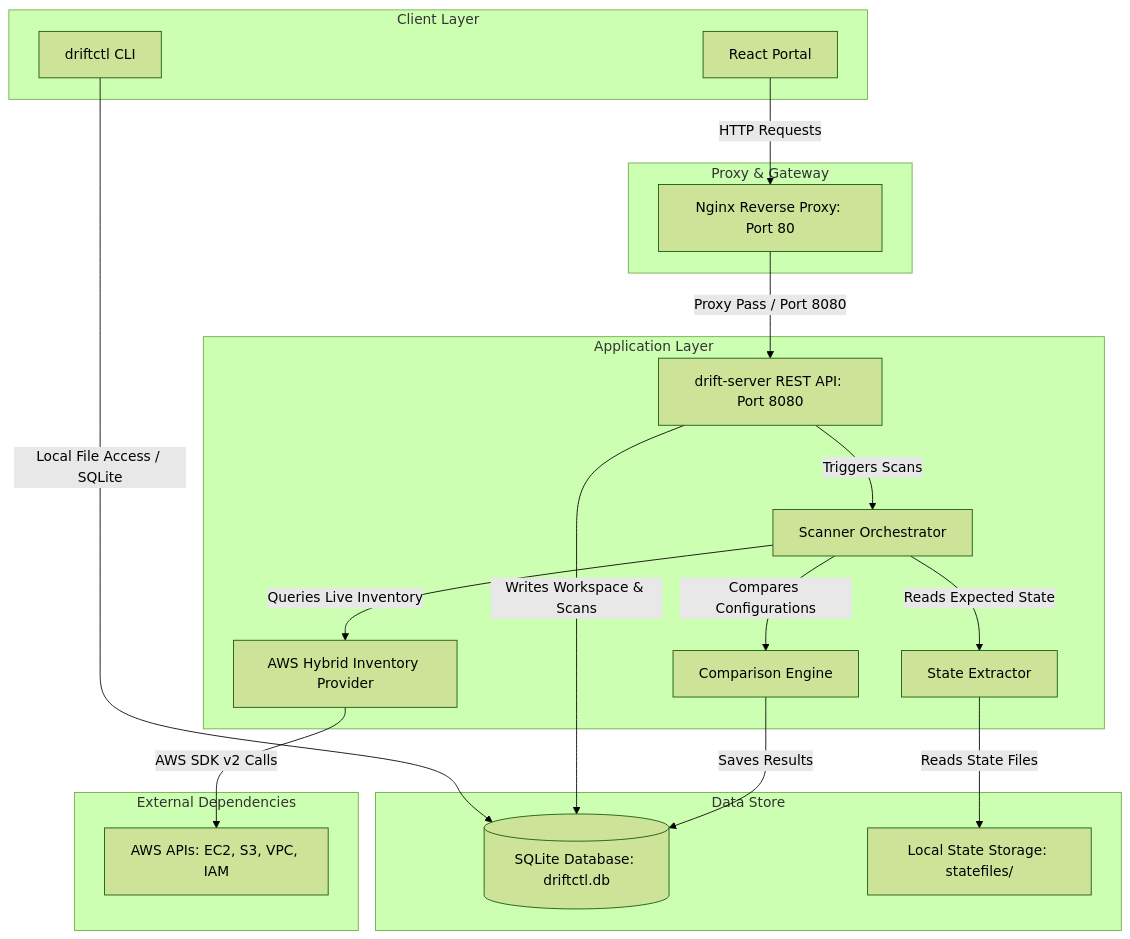
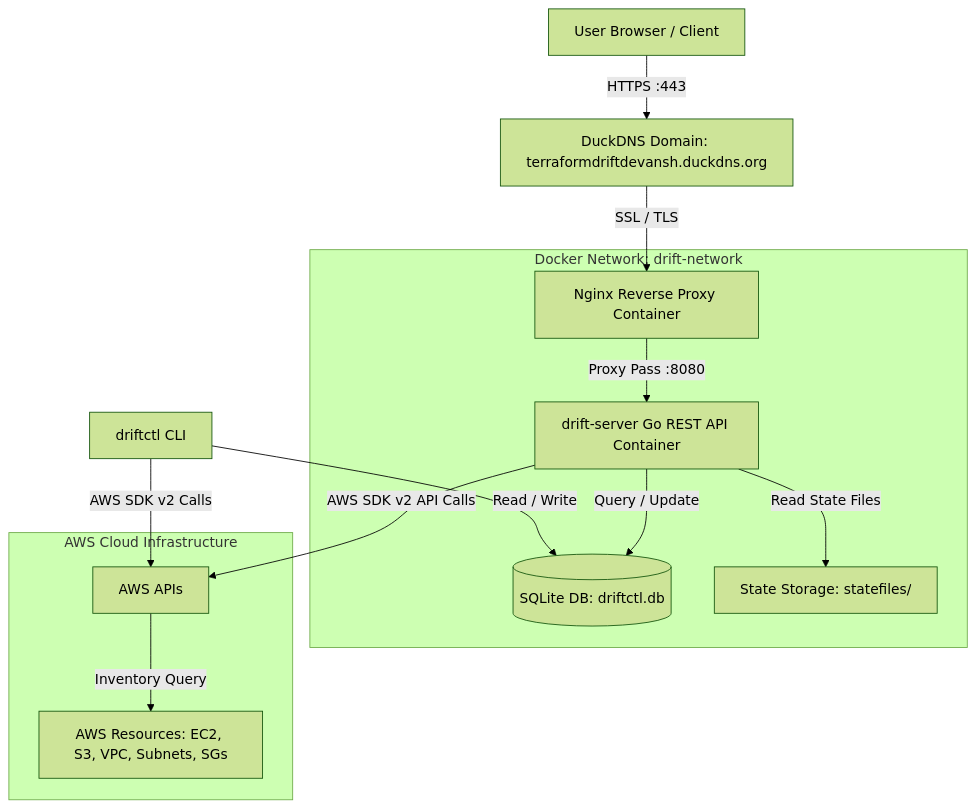
Before and after one commit to DevanshTyagi04/terraform-drift-detector: the diagram in README.md, drawn with Mermaid (forest theme). The commit also changed other lines of this file and 2 other files, not shown here.

Commit message:
Seperate API and CLI docs and improve README

````diff
--- a/README.md
+++ b/README.md
@@ -53,43 +74,19 @@
 ```mermaid
 graph TD
-    subgraph Client Layer
-        CLI[driftctl CLI]
-        UI[React Portal]
+    User[User Browser / Client] -->|HTTPS :443| DuckDNS[DuckDNS Domain: terraformdriftdevansh.duckdns.org]
+    DuckDNS -->|SSL / TLS| Nginx[Nginx Reverse Proxy Container]
+    
+    subgraph Docker Network: drift-network
+        Nginx -->|Proxy Pass :8080| Backend[drift-server Go REST API Container]
+        Backend -->|Query / Update| SQLite[(SQLite DB: driftctl.db)]
+        Backend -->|Read State Files| StateFiles[State Storage: statefiles/]
     end
 
-    subgraph Proxy & Gateway
-        Nginx[Nginx Reverse Proxy: Port 80]
+    subgraph AWS Cloud Infrastructure
+        Backend -->|AWS SDK v2 API Calls| AWSAPI[AWS APIs]
+        AWSAPI -->|Inventory Query| AWSRes[AWS Resources: EC2, S3, VPC, Subnets, SGs]
     end
 
-    subgraph Application Layer
-        Daemon[drift-server REST API: Port 8080]
-        Scanner[Scanner Orchestrator]
-        StateReader[State Extractor]
-        AWSProvider[AWS Hybrid Inventory Provider]
-        Compare[Comparison Engine]
-    end
-
-    subgraph Data Store
-        SQLite[(SQLite Database: driftctl.db)]
-        StateStore[Local State Storage: statefiles/]
-    end
-
-    subgraph External Dependencies
-        AWS[AWS APIs: EC2, S3, VPC, IAM]
-    end
-
-    %% Client Mappings
-    UI -->|HTTP Requests| Nginx
-    Nginx -->|Proxy Pass / Port 8080| Daemon
-    CLI -->|Local File Access / SQLite| SQLite
-
-    %% Application Mappings
-    Daemon -->|Writes Workspace & Scans| SQLite
-    Daemon -->|Triggers Scans| Scanner
-    Scanner -->|Reads Expected State| StateReader
-    StateReader -->|Reads State Files| StateStore
-    Scanner -->|Queries Live Inventory| AWSProvider
-    AWSProvider -->|AWS SDK v2 Calls| AWS
-    Scanner -->|Compares Configurations| Compare
-    Compare -->|Saves Results| SQLite
+    CLI[driftctl CLI] -->|Read / Write| SQLite
+    CLI -->|AWS SDK v2 Calls| AWSAPI
 ```
````
